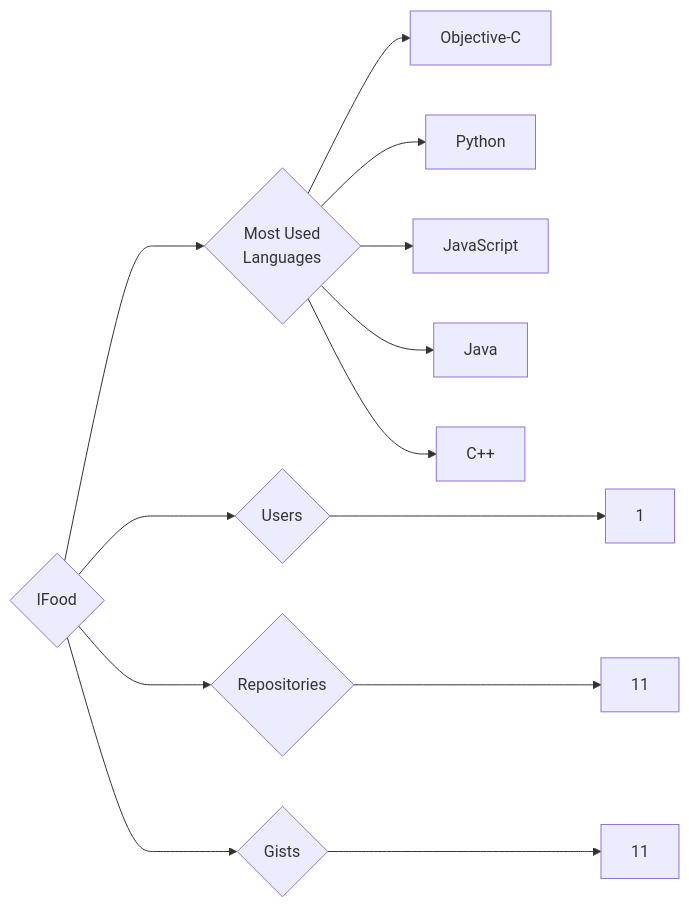
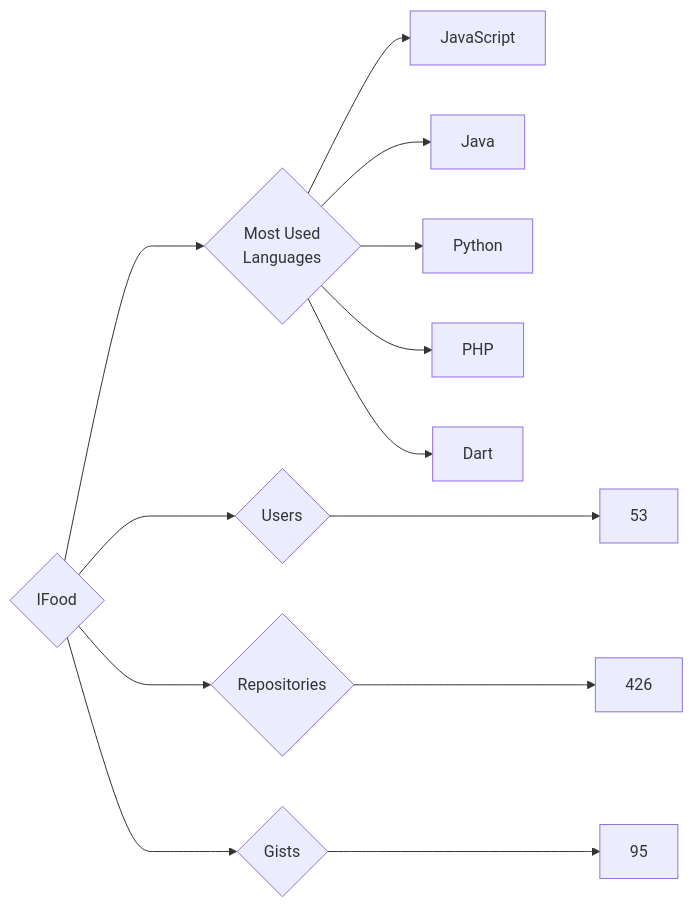
Before and after one commit to trickest/insiders: the diagram in targets/IFood/README.md, drawn with Mermaid. The commit also changed 681 other files, not shown here.

````diff
--- a/targets/IFood/README.md
+++ b/targets/IFood/README.md
@@ -3,13 +3,13 @@
 ```mermaid
 graph LR
 COMPANY_NAME{IFood}
-COMPANY_NAME ---> U{Users} ---> UN[1]
-COMPANY_NAME ---> R{Repositories} ---> RN[11]
-COMPANY_NAME ---> G{Gists} ---> GN[11]
+COMPANY_NAME ---> U{Users} ---> UN[53]
+COMPANY_NAME ---> R{Repositories} ---> RN[426]
+COMPANY_NAME ---> G{Gists} ---> GN[95]
 COMPANY_NAME ---> ML{Most Used<br>Languages}
-ML --> Objective-C[Objective-C]
-ML --> Python[Python]
 ML --> JavaScript[JavaScript]
 ML --> Java[Java]
-ML --> C++[C++]
+ML --> Python[Python]
+ML --> PHP[PHP]
+ML --> Dart[Dart]
 ```
````
